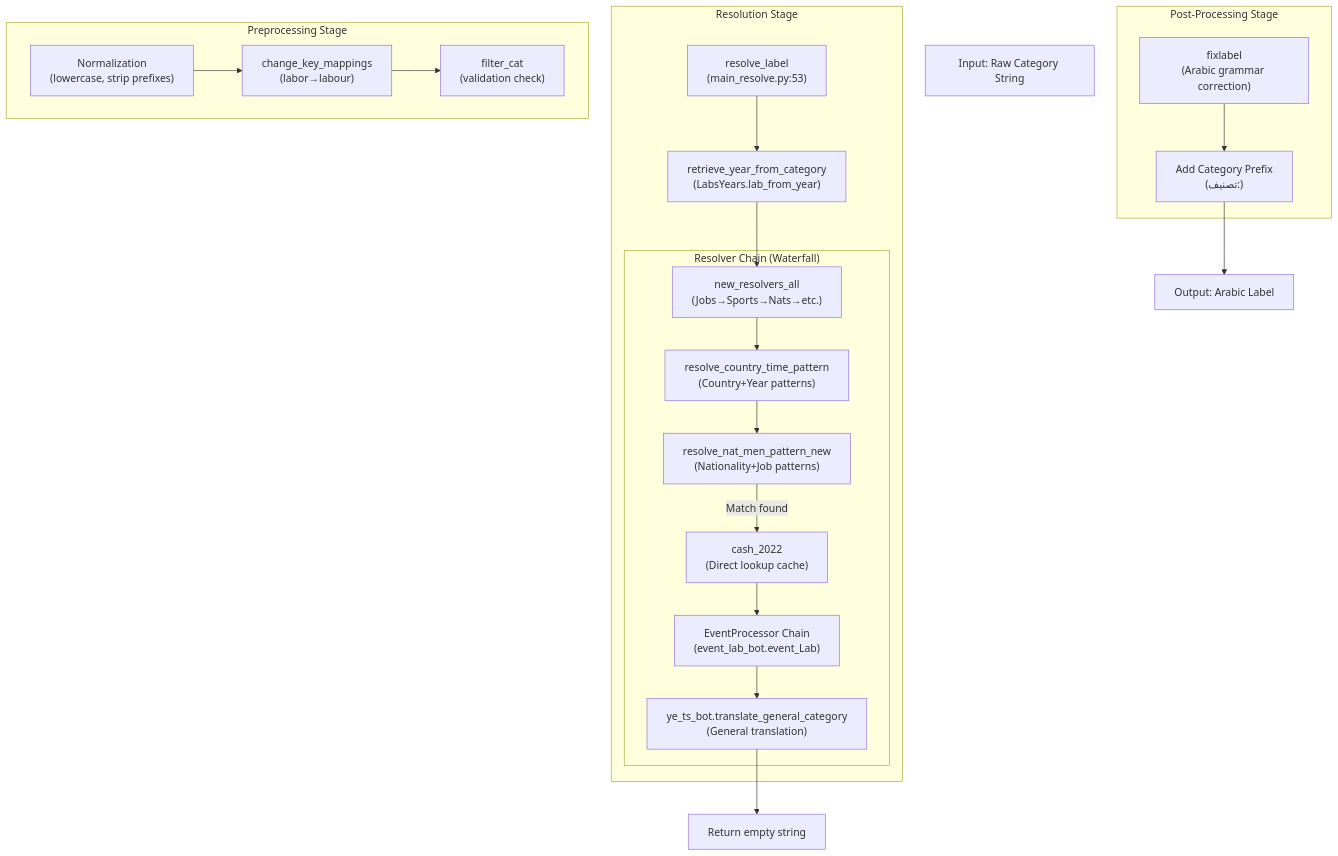
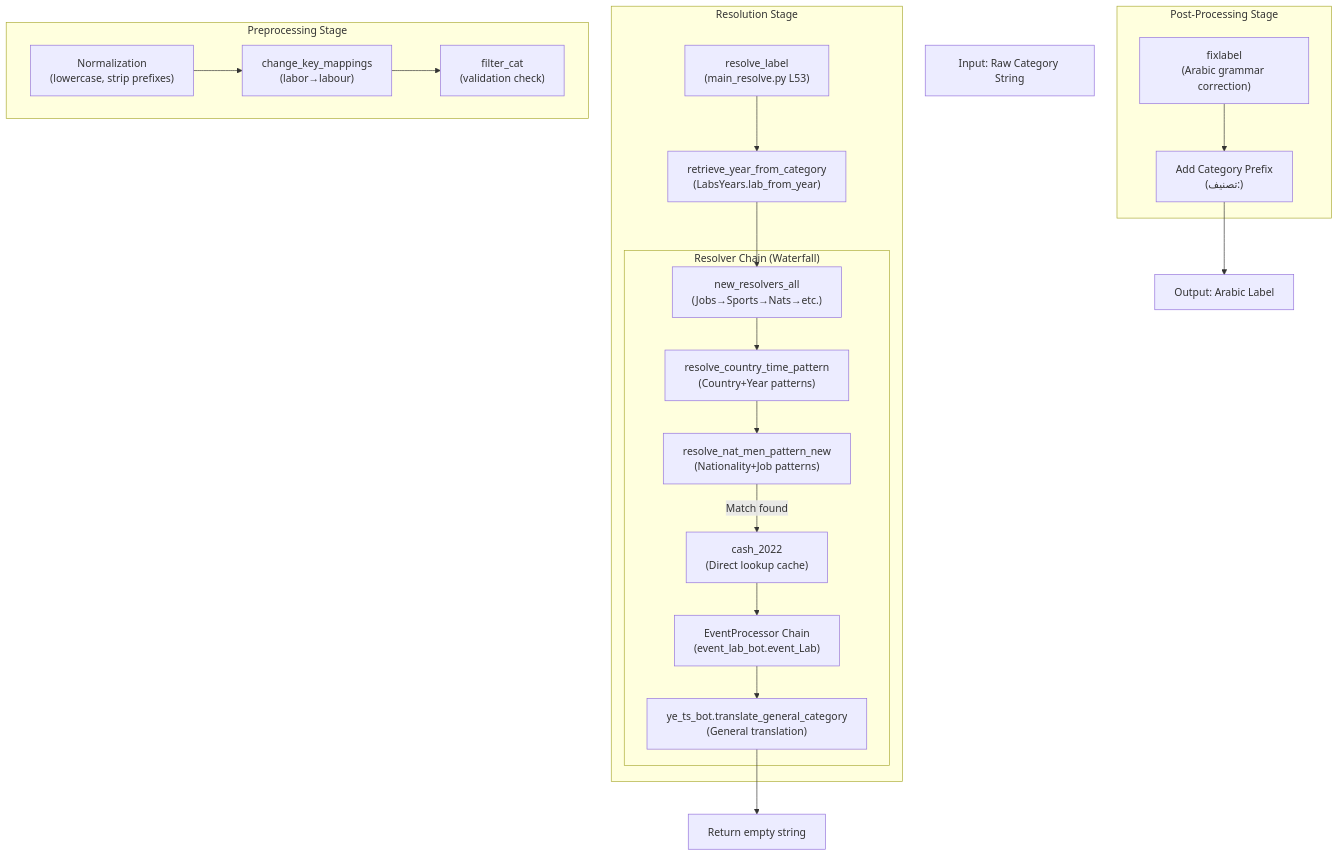
One commit to ArWikiCats/ArWikiCats changed the first of 5 diagrams in docs/3.Resolution-Pipeline.md. Above: the diagram before and after it, drawn with Mermaid. The commit also changed 25 other files, not shown here.

````diff
--- a/docs/3.Resolution-Pipeline.md
+++ b/docs/3.Resolution-Pipeline.md
@@ -26,58 +26,58 @@
 ```mermaid
 flowchart TD
 
 INPUT["Input: Raw Category String"]
 NORM["Normalization<br/>(lowercase, strip prefixes)"]
 KEYMAP["change_key_mappings<br/>(labor→labour)"]
 FILTER["filter_cat<br/>(validation check)"]
-MAIN["resolve_label<br/>(main_resolve.py:53)"]
+MAIN["resolve_label<br/>(main_resolve.py L53)"]
 YEAR["retrieve_year_from_category<br/>(LabsYears.lab_from_year)"]
 R1["new_resolvers_all<br/>(Jobs→Sports→Nats→etc.)"]
 R2["resolve_country_time_pattern<br/>(Country+Year patterns)"]
 R3["resolve_nat_men_pattern_new<br/>(Nationality+Job patterns)"]
 R4["cash_2022<br/>(Direct lookup cache)"]
 R5["EventProcessor Chain<br/>(event_lab_bot.event_Lab)"]
 R6["ye_ts_bot.translate_general_category<br/>(General translation)"]
 FIX["fixlabel<br/>(Arabic grammar correction)"]
 PREFIX["Add Category Prefix<br/>(تصنيف:)"]
 OUTPUT["Output: Arabic Label"]
 EMPTY["Return empty string"]
 
 R6 --> EMPTY
 PREFIX --> OUTPUT
 
 subgraph POSTPROCESS ["Post-Processing Stage"]
     FIX
     PREFIX
     FIX --> PREFIX
 end
 
 subgraph RESOLVE ["Resolution Stage"]
     MAIN
     YEAR
     MAIN --> YEAR
     YEAR --> R1
 
 subgraph CHAIN ["Resolver Chain (Waterfall)"]
     R1
     R2
     R3
     R4
     R5
     R6
     R1 --> R2
     R2 --> R3
     R3 -->|"Match found"| R4
     R4 --> R5
     R5 --> R6
 end
 end
 
 subgraph PREPROCESS ["Preprocessing Stage"]
     NORM
     KEYMAP
     FILTER
     NORM --> KEYMAP
     KEYMAP --> FILTER
 end
 ```
````
